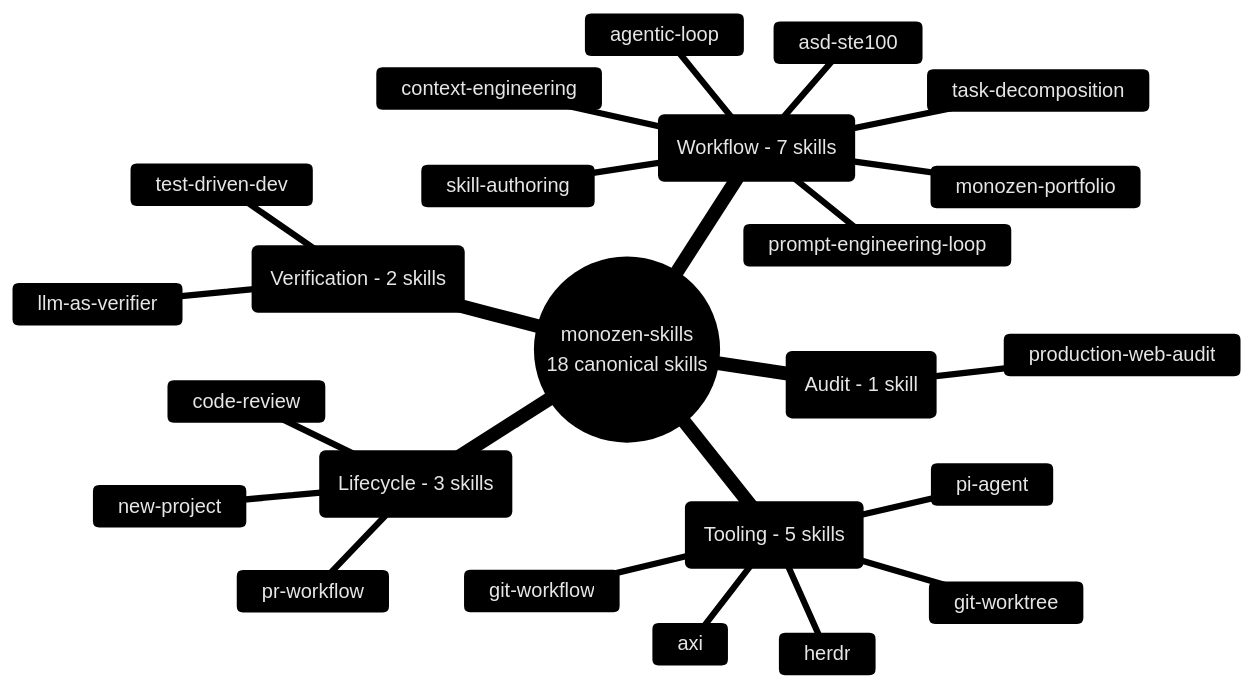
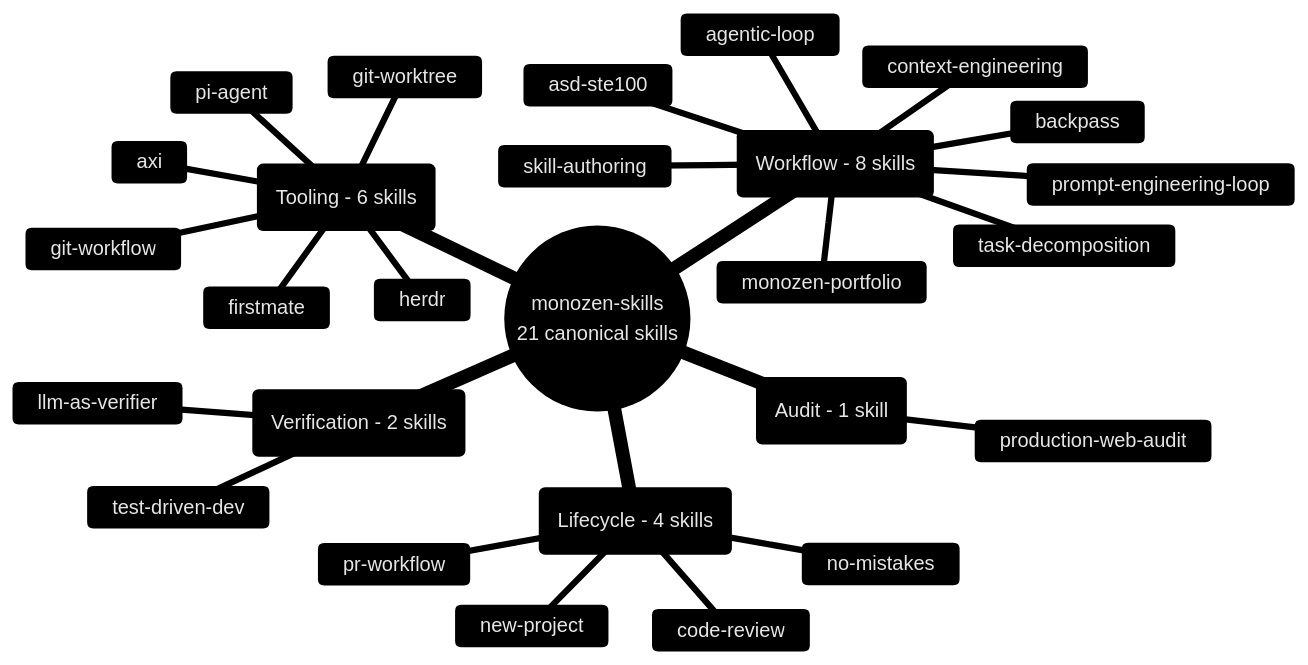
The diagram in assets/skill-taxonomy.mmd (8-BitRhyon/monozen-skills), drawn with Mermaid before and after one commit. The commit also changed 10 other files, not shown here.

Commit message:
feat(skills): sync with Kun Chen framework (firstmate, no-mistakes, backpass, quota-axi)

```diff
--- a/assets/skill-taxonomy.mmd
+++ b/assets/skill-taxonomy.mmd
@@ -1,27 +1,30 @@
 %%{init: {'theme': 'base', 'themeVariables': {'primaryColor': '#1a1a2e', 'primaryTextColor': '#e6e6e6', 'primaryBorderColor': '#8b7eff', 'lineColor': '#5a5a8a', 'secondaryColor': '#12132b', 'tertiaryColor': '#0b0c15', 'fontFamily': 'Inter, system-ui, sans-serif'}}}%%
 
 mindmap
-  root((monozen-skills<br/>18 canonical skills))
-    ::_(Lifecycle - 3 skills)
+  root((monozen-skills<br/>21 canonical skills))
+    ::_(Lifecycle - 4 skills)
       new-project
       code-review
       pr-workflow
+      no-mistakes
     ::_(Verification - 2 skills)
       test-driven-dev
       llm-as-verifier
-    ::_(Workflow - 7 skills)
+    ::_(Workflow - 8 skills)
       agentic-loop
       asd-ste100
+      backpass
       monozen-portfolio
       task-decomposition
       context-engineering
       prompt-engineering-loop
       skill-authoring
     ::_(Audit - 1 skill)
       production-web-audit
-    ::_(Tooling - 5 skills)
+    ::_(Tooling - 6 skills)
       axi
+      firstmate
       pi-agent
       herdr
       git-worktree
       git-workflow
```
